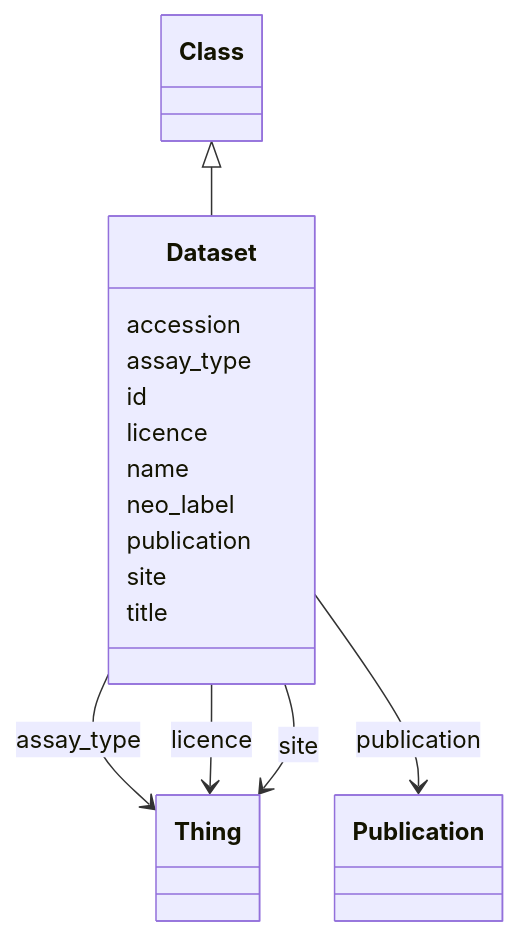
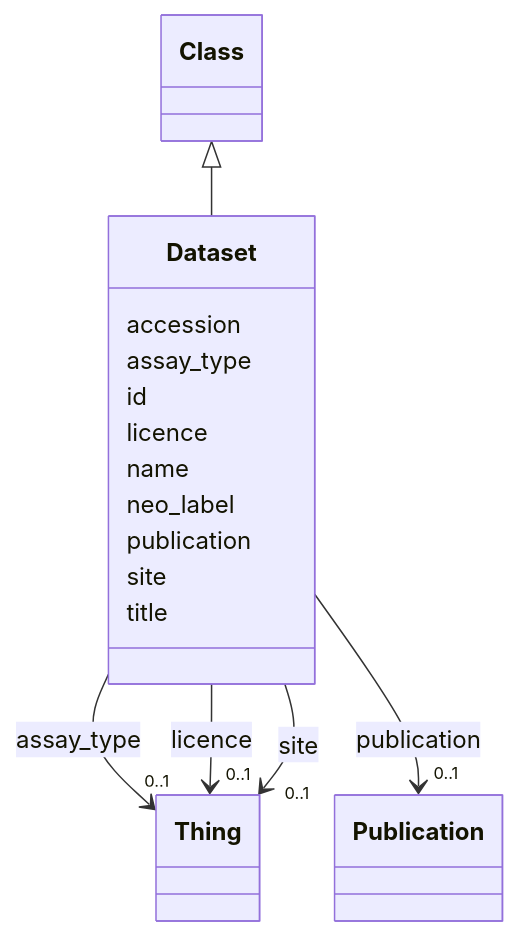
Before and after one commit to VirtualFlyBrain/vfb-scRNAseq-ontology: the diagram in docs/Dataset.md, drawn with Mermaid. The commit also changed other lines of this file and 52 other files, not shown here.

````diff
--- a/docs/Dataset.md
+++ b/docs/Dataset.md
@@ -10,33 +14,55 @@
 ```mermaid
  classDiagram
     class Dataset
+    click Dataset href "../Dataset"
       Class <|-- Dataset
+        click Class href "../Class"
       
       Dataset : accession
         
       Dataset : assay_type
         
-          Dataset --> Thing : assay_type
+          
+    
+    
+    Dataset --> "0..1" Thing : assay_type
+    click Thing href "../Thing"
+
         
       Dataset : id
         
       Dataset : licence
         
-          Dataset --> Thing : licence
+          
+    
+    
+    Dataset --> "0..1" Thing : licence
+    click Thing href "../Thing"
+
         
       Dataset : name
         
       Dataset : neo_label
         
       Dataset : publication
         
-          Dataset --> Publication : publication
+          
+    
+    
+    Dataset --> "0..1" Publication : publication
+    click Publication href "../Publication"
+
         
       Dataset : site
         
-          Dataset --> Thing : site
+          
+    
+    
+    Dataset --> "0..1" Thing : site
+    click Thing href "../Thing"
+
         
       Dataset : title
         
       
 ```
````
